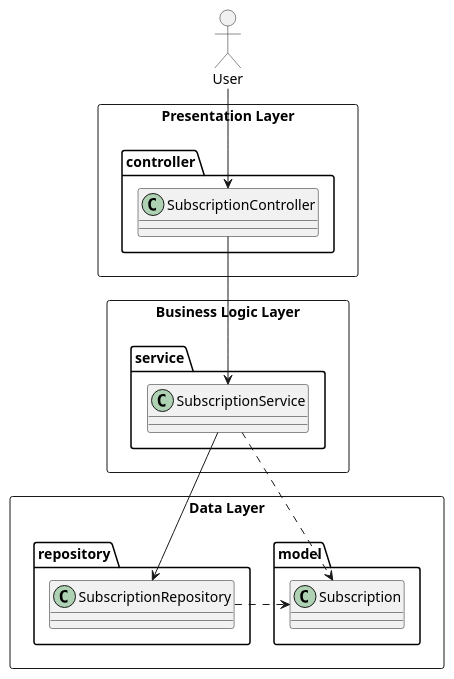
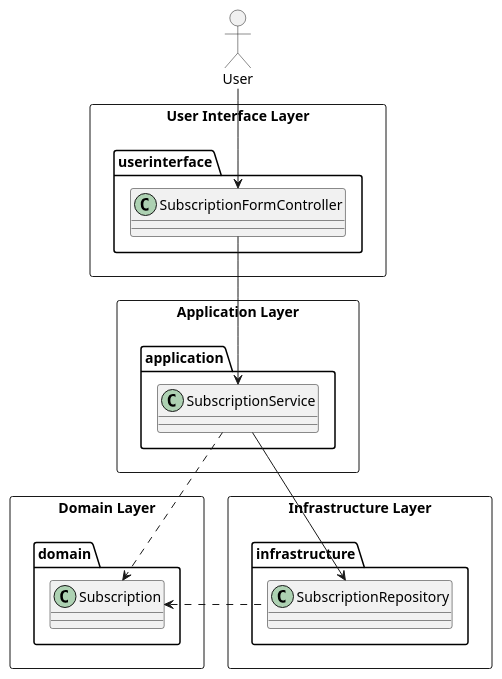
Before and after one commit to abchau/architecture-by-examples: the diagram in layered-ddd-1/docs/diagrams/class.puml, drawn with PlantUML. The commit also changed 245 other files, not shown here.

```diff
--- a/layered-ddd-1/docs/diagrams/class.puml
+++ b/layered-ddd-1/docs/diagrams/class.puml
@@ -1,35 +1,38 @@
 @startuml
 allowmixing
 
-rectangle "Presentation Layer" {
-	package controller {
-		class SubscriptionController
+rectangle "User Interface Layer" {
+	package userinterface {
+		class SubscriptionFormController
 	}
 }
 
-rectangle "Business Logic Layer" {
-	package service {
+rectangle "Application Layer" {
+	package application {
 		class SubscriptionService
 	}
 }
 
-rectangle "Data Layer" {
-	package model {
+rectangle "Domain Layer" {
+	package domain {
 		class Subscription
 	}
+}
 
-	package repository {
+rectangle "Infrastructure Layer" {
+
+	package infrastructure {
 		class SubscriptionRepository
 	}
 }
 
 actor User
 
-User -down-> SubscriptionController
-SubscriptionController -down-> SubscriptionService
+User -down-> SubscriptionFormController
+SubscriptionFormController -down-> SubscriptionService
 SubscriptionService -down-> SubscriptionRepository
 
 SubscriptionService .down.> Subscription
 SubscriptionRepository .left.> Subscription
 
 @enduml
```
